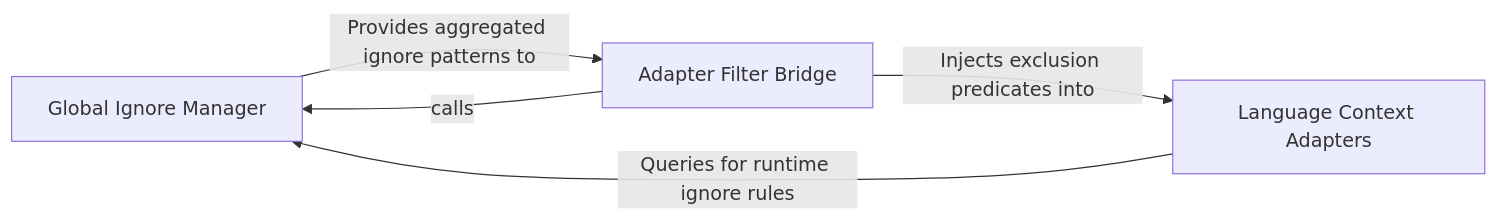
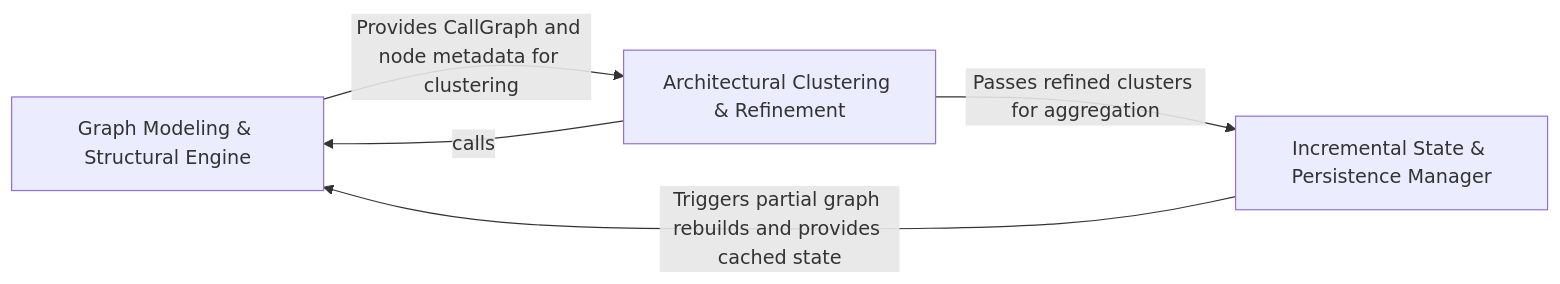
One commit to CodeBoarding/CodeBoarding changed the diagram in .codeboarding/Analysis_Context_Adapter_Configurator.md. Above: the diagram before and after it, drawn with Mermaid. The commit also changed other lines of this file and 43 other files, not shown here.

Commit message:
chore(codeboarding): sync architecture baseline

````diff
--- a/.codeboarding/Analysis_Context_Adapter_Configurator.md
+++ b/.codeboarding/Analysis_Context_Adapter_Configurator.md
@@ -1,10 +1,10 @@
 ```mermaid
 graph LR
-    Global_Ignore_Manager["Global Ignore Manager"]
-    Adapter_Filter_Bridge["Adapter Filter Bridge"]
-    Language_Context_Adapters["Language Context Adapters"]
-    Global_Ignore_Manager -- "Provides aggregated ignore patterns to" --> Adapter_Filter_Bridge
-    Adapter_Filter_Bridge -- "Injects exclusion predicates into" --> Language_Context_Adapters
-    Language_Context_Adapters -- "Queries for runtime ignore rules" --> Global_Ignore_Manager
-    Adapter_Filter_Bridge -- "calls" --> Global_Ignore_Manager
+    Graph_Modeling_Structural_Engine["Graph Modeling & Structural Engine"]
+    Architectural_Clustering_Refinement["Architectural Clustering & Refinement"]
+    Incremental_State_Persistence_Manager["Incremental State & Persistence Manager"]
+    Graph_Modeling_Structural_Engine -- "Provides CallGraph and node metadata for clustering" --> Architectural_Clustering_Refinement
+    Architectural_Clustering_Refinement -- "Passes refined clusters for aggregation" --> Incremental_State_Persistence_Manager
+    Incremental_State_Persistence_Manager -- "Triggers partial graph rebuilds and provides cached state" --> Graph_Modeling_Structural_Engine
+    Architectural_Clustering_Refinement -- "calls" --> Graph_Modeling_Structural_Engine
 ```
````
